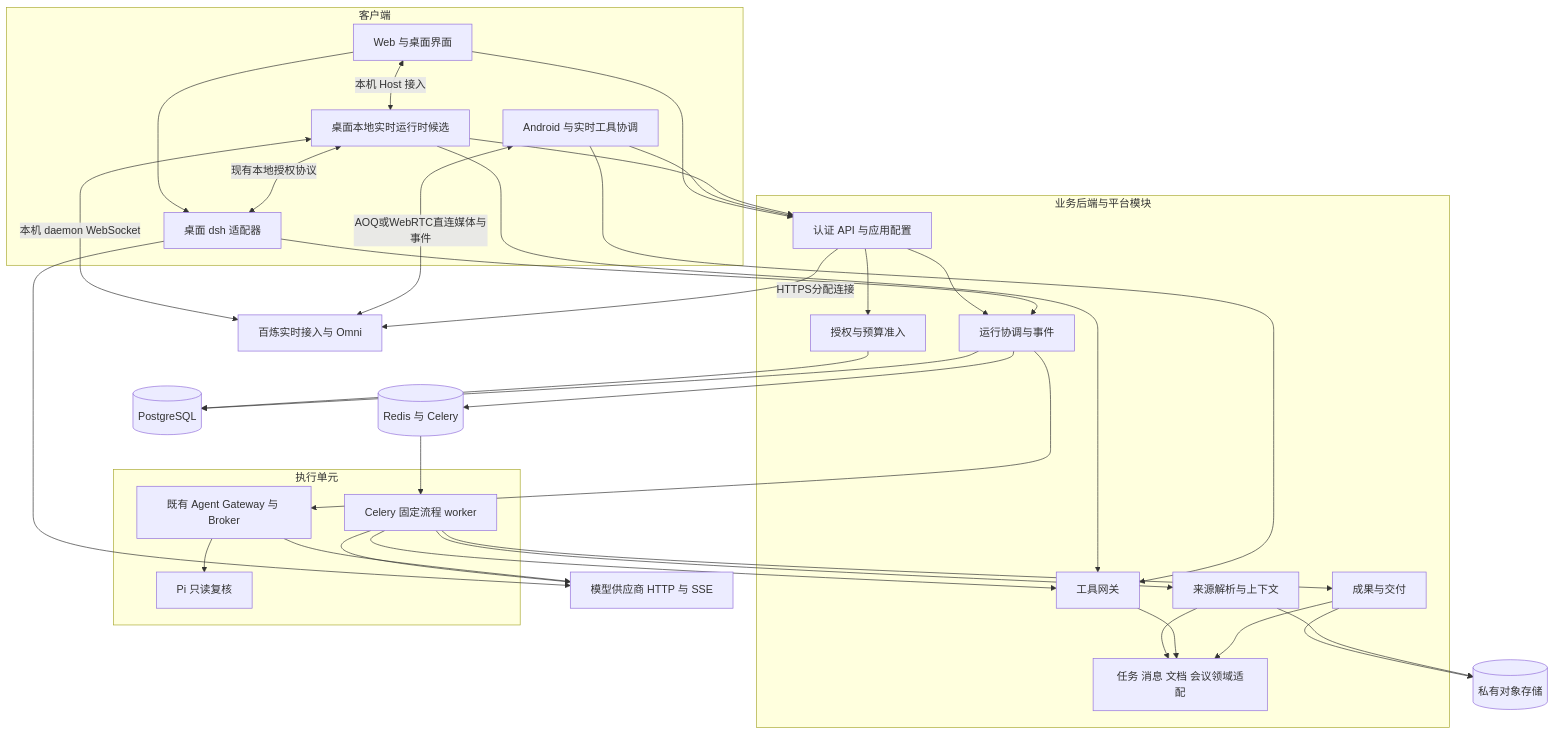
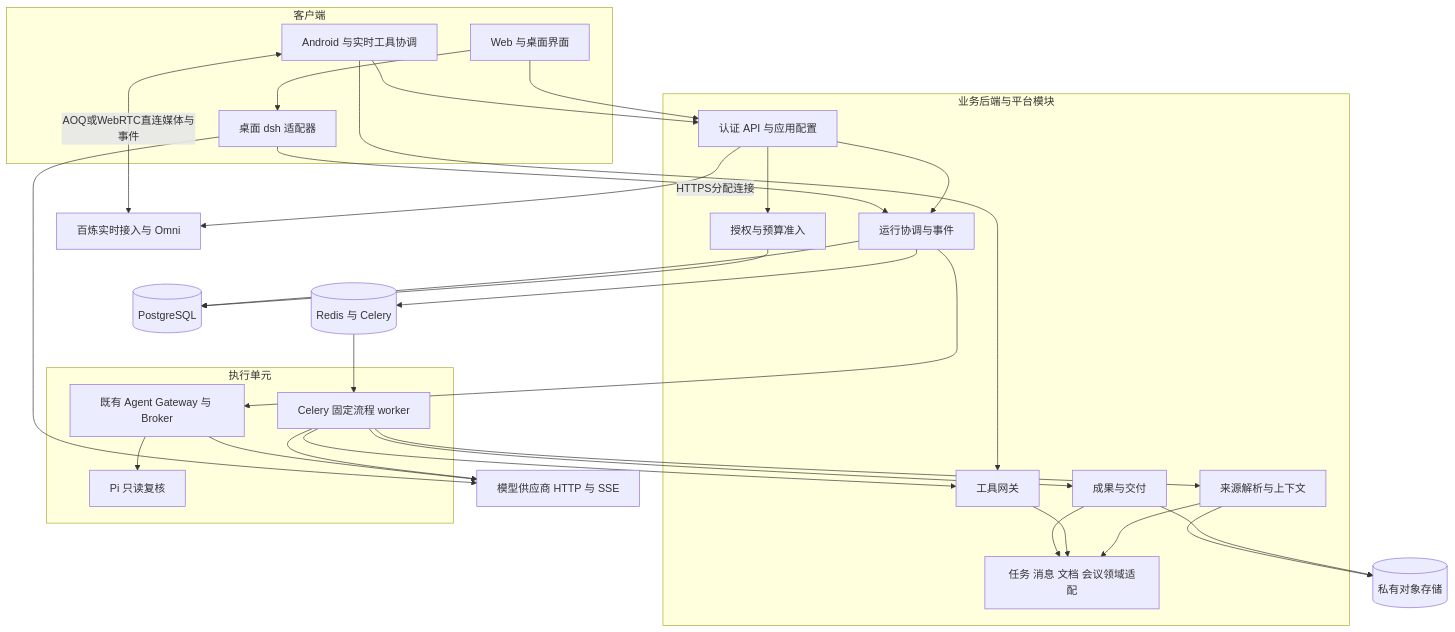
One commit to John-Shao/we-meet changed the fourth of 14 diagrams in docs/plan/enterprise-ai-platform-design-2026-10-11.md. Above: the diagram before and after it, drawn with Mermaid. The commit also changed other lines of this file and 1 other file, not shown here.

First line of the commit message:
📝(docs) keep desktop realtime harness selection in research

````diff
--- a/docs/plan/enterprise-ai-platform-design-2026-10-11.md
+++ b/docs/plan/enterprise-ai-platform-design-2026-10-11.md
@@ -412,59 +408,53 @@
 ```mermaid
 flowchart TB
     subgraph Clients[客户端]
         Web[Web 与桌面界面]
         Android[Android 与实时工具协调]
         Local[桌面 dsh 适配器]
-        DesktopRealtime[桌面本地实时运行时候选]
     end
     subgraph Backend[业务后端与平台模块]
         API[认证 API 与应用配置]
         Admission[授权与预算准入]
         Runs[运行协调与事件]
         Sources[来源解析与上下文]
         ToolGateway[工具网关]
         Delivery[成果与交付]
         Domain[任务 消息 文档 会议领域适配]
     end
     subgraph Execution[执行单元]
         Workflow[Celery 固定流程 worker]
         Gateway[既有 Agent Gateway 与 Broker]
         Pi[Pi 只读复核]
     end
     DB[(PostgreSQL)]
     Queue[(Redis 与 Celery)]
     Object[(私有对象存储)]
     Models[模型供应商 HTTP 与 SSE]
     Omni[百炼实时接入与 Omni]
     Web --> API
     Android --> API
     API --> Admission
     API --> Runs
     Admission --> DB
     Runs --> DB
     Runs --> Queue
     Queue --> Workflow
     Workflow --> Sources
     Workflow --> ToolGateway
     Workflow --> Delivery
     Sources --> Domain
     ToolGateway --> Domain
     Delivery --> Domain
     Delivery --> Object
     Sources --> Object
     Workflow --> Models
     Runs --> Gateway
     Gateway --> Pi
     Gateway --> Models
     Local --> Models
     Web --> Local
     Local --> Runs
-    Web <-->|本机 Host 接入| DesktopRealtime
-    DesktopRealtime --> API
-    DesktopRealtime --> ToolGateway
-    DesktopRealtime <-->|现有本地授权协议| Local
-    DesktopRealtime <-->|本机 daemon WebSocket| Omni
     Android <-->|AOQ或WebRTC直连媒体与事件| Omni
     Android --> ToolGateway
     API -->|HTTPS分配连接| Omni
 ```
````
